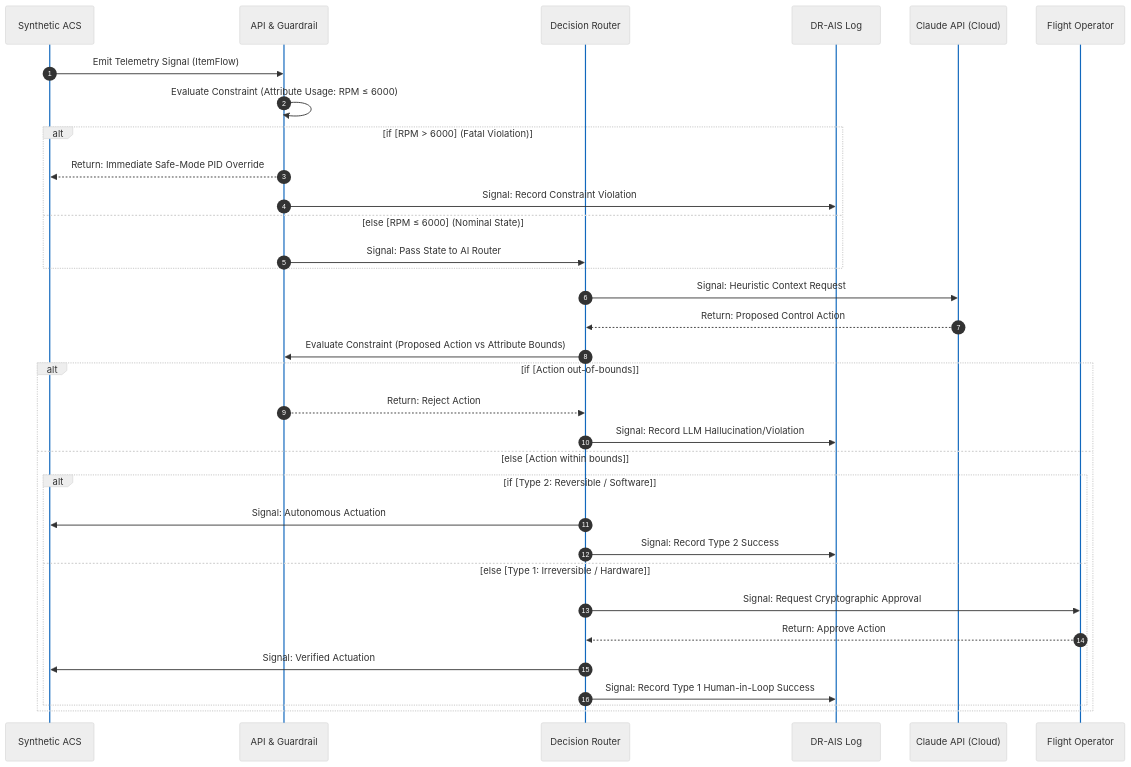
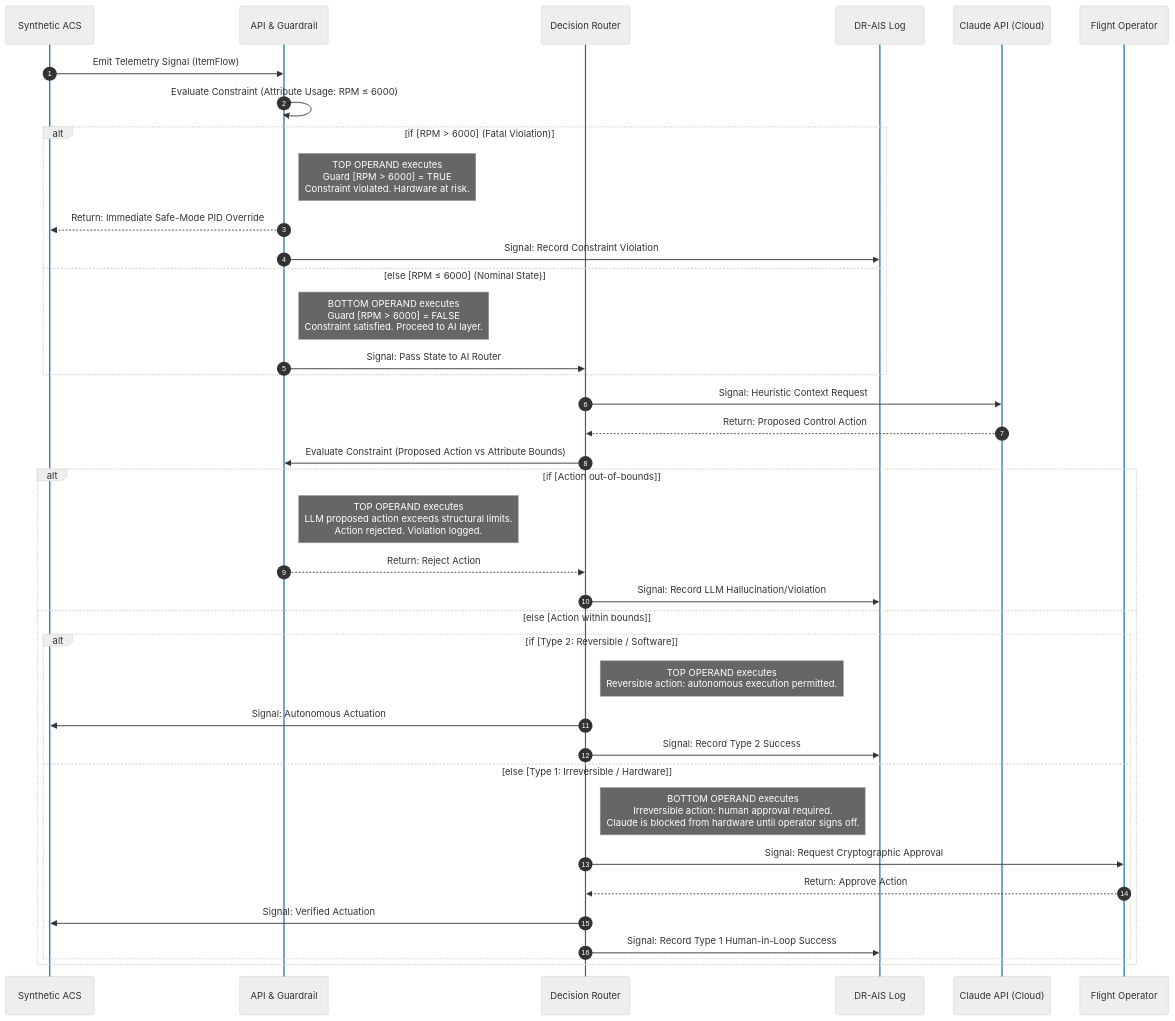
Before and after one commit to camirian/safe-acs: the third of 4 diagrams in ARCHITECTURE.md, drawn with Mermaid. The commit also changed other lines of this file, not shown here.

Commit message:
docs: add SysML Note annotations inside each alt operand region and enrich interpretation block with top/bottom region semantics

````diff
--- a/ARCHITECTURE.md
+++ b/ARCHITECTURE.md
@@ -87,42 +87,47 @@
 ```mermaid
 %%{init: {'theme': 'neutral', 'themeVariables': { 'altBackground': 'rgba(220, 235, 255, 0.5)', 'actorLineColor': '#1168bd'}}}%%
 sequenceDiagram
     autonumber
     
     participant Sim as Synthetic ACS
     participant Edge as API & Guardrail
     participant Router as Decision Router
     participant Log as DR-AIS Log
     participant Claude as Claude API (Cloud)
     participant Human as Flight Operator
     
     Sim->>Edge: Emit Telemetry Signal (ItemFlow)
     Edge->>Edge: Evaluate Constraint (Attribute Usage: RPM ≤ 6000)
     
     alt if [RPM > 6000] (Fatal Violation)
+        Note right of Edge: TOP OPERAND executes<br/>Guard [RPM > 6000] = TRUE<br/>Constraint violated. Hardware at risk.
         Edge-->>Sim: Return: Immediate Safe-Mode PID Override
         Edge->>Log: Signal: Record Constraint Violation
     else else [RPM ≤ 6000] (Nominal State)
+        Note right of Edge: BOTTOM OPERAND executes<br/>Guard [RPM > 6000] = FALSE<br/>Constraint satisfied. Proceed to AI layer.
         Edge->>Router: Signal: Pass State to AI Router
     end
     
     Router->>Claude: Signal: Heuristic Context Request
     Claude-->>Router: Return: Proposed Control Action
     
     Router->>Edge: Evaluate Constraint (Proposed Action vs Attribute Bounds)
     
     alt if [Action out-of-bounds]
+        Note right of Edge: TOP OPERAND executes<br/>LLM proposed action exceeds structural limits.<br/>Action rejected. Violation logged.
         Edge-->>Router: Return: Reject Action
         Router->>Log: Signal: Record LLM Hallucination/Violation
     else else [Action within bounds]
         alt if [Type 2: Reversible / Software]
+            Note right of Router: TOP OPERAND executes<br/>Reversible action: autonomous execution permitted.
             Router->>Sim: Signal: Autonomous Actuation
             Router->>Log: Signal: Record Type 2 Success
         else else [Type 1: Irreversible / Hardware]
+            Note right of Router: BOTTOM OPERAND executes<br/>Irreversible action: human approval required.<br/>Claude is blocked from hardware until operator signs off.
             Router->>Human: Signal: Request Cryptographic Approval
             Human-->>Router: Return: Approve Action
             Router->>Sim: Signal: Verified Actuation
             Router->>Log: Signal: Record Type 1 Human-in-Loop Success
         end
     end
 ```
````
